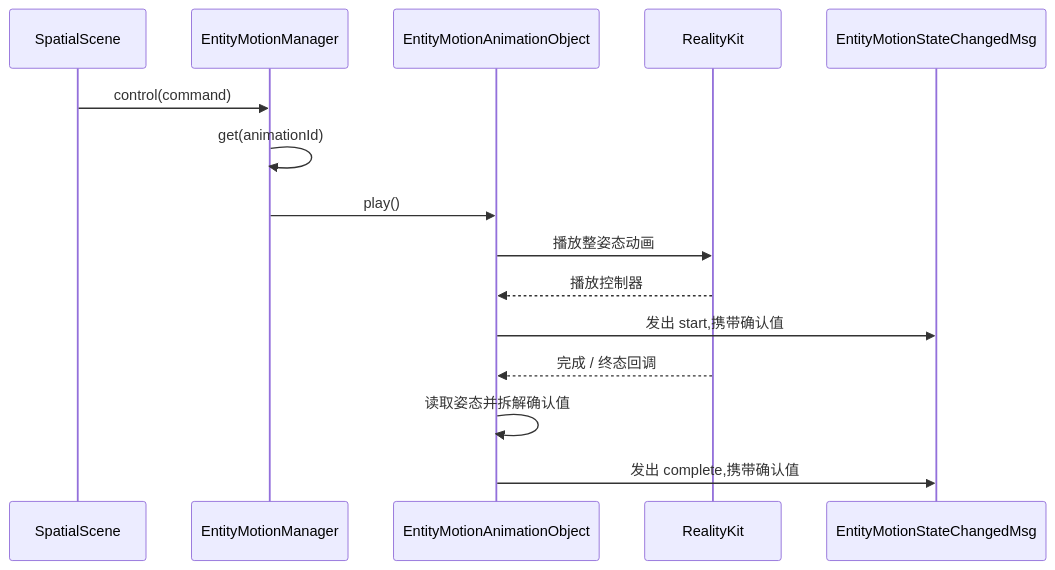
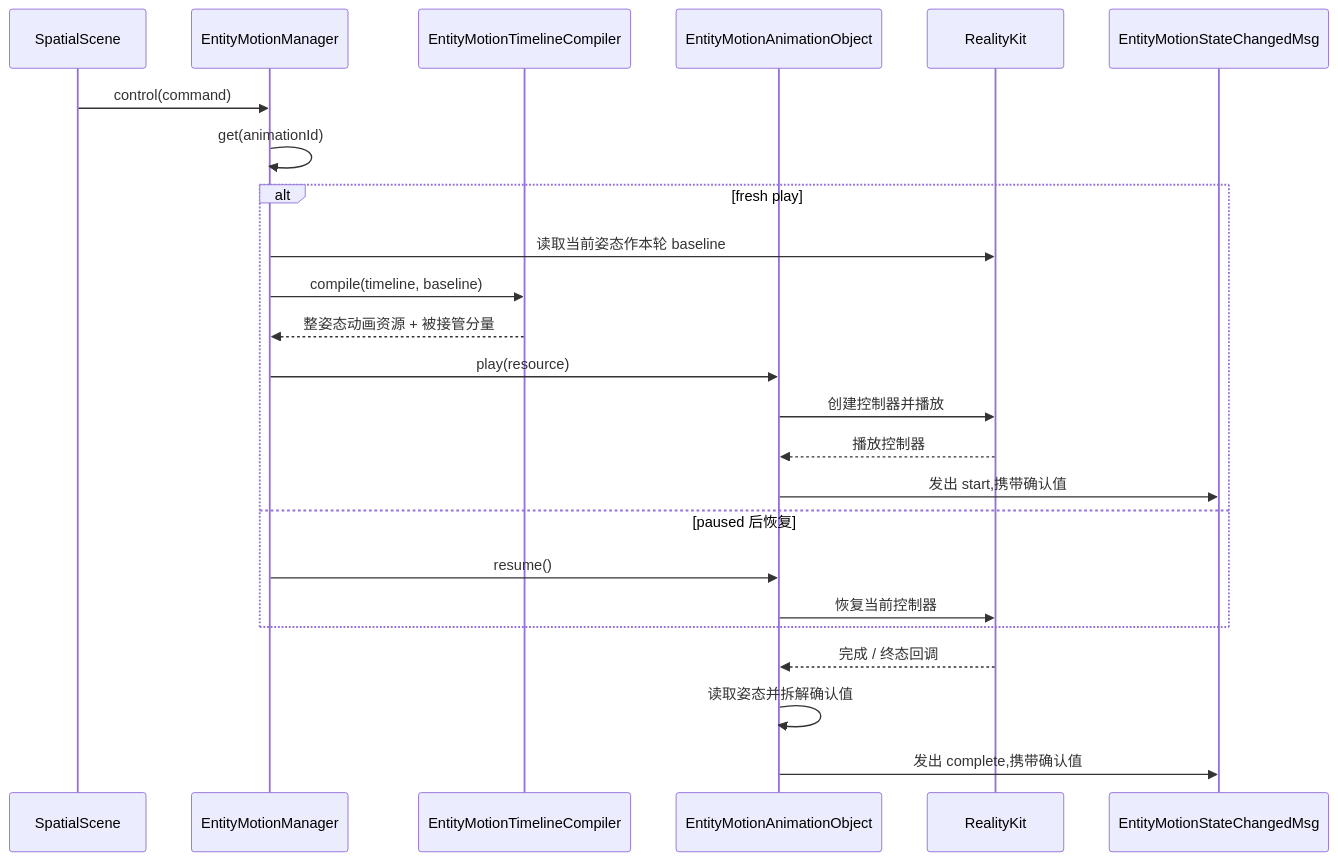
Before and after one commit to webspatial/webspatial-sdk: diagram 11 of 14 in openspec/changes/redesign-entity-motion-api/design.zh.md, drawn with Mermaid. The commit also changed other lines of this file and 7 other files, not shown here.

````diff
--- a/openspec/changes/redesign-entity-motion-api/design.zh.md
+++ b/openspec/changes/redesign-entity-motion-api/design.zh.md
@@ -925,18 +929,27 @@
 ```mermaid
 sequenceDiagram
     participant Scene as SpatialScene
     participant Manager as EntityMotionManager
+    participant Compiler as EntityMotionTimelineCompiler
     participant Obj as EntityMotionAnimationObject
     participant RK as RealityKit
     participant Event as EntityMotionStateChangedMsg
 
     Scene->>Manager: control(command)
     Manager->>Manager: get(animationId)
-    Manager->>Obj: play()
-    Obj->>RK: 播放整姿态动画
-    RK-->>Obj: 播放控制器
-    Obj->>Event: 发出 start,携带确认值
+    alt fresh play
+        Manager->>RK: 读取当前姿态作本轮 baseline
+        Manager->>Compiler: compile(timeline, baseline)
+        Compiler-->>Manager: 整姿态动画资源 + 被接管分量
+        Manager->>Obj: play(resource)
+        Obj->>RK: 创建控制器并播放
+        RK-->>Obj: 播放控制器
+        Obj->>Event: 发出 start,携带确认值
+    else paused 后恢复
+        Manager->>Obj: resume()
+        Obj->>RK: 恢复当前控制器
+    end
     RK-->>Obj: 完成 / 终态回调
     Obj->>Obj: 读取姿态并拆解确认值
     Obj->>Event: 发出 complete,携带确认值
 ```
````
